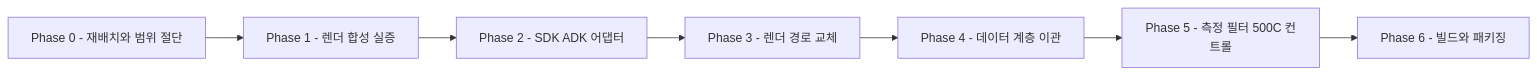
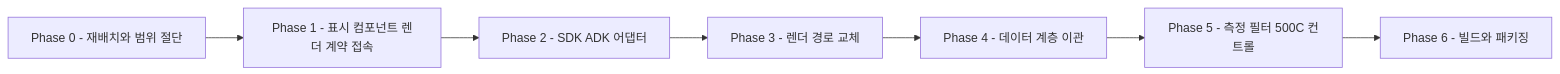
The second of 2 diagrams in docs/refactoring/r2/plan.md (beomsikpark/healcerion-platform), drawn with Mermaid before and after one commit. The commit also changed other lines of this file and 2 other files, not shown here.

First line of the commit message:
docs(refactoring): r2 Phase 1 을 r1 Phase 4 이후 기준으로 다시 쓴다

````diff
--- a/docs/refactoring/r2/plan.md
+++ b/docs/refactoring/r2/plan.md
@@ -213,16 +213,16 @@
 ```mermaid
 flowchart LR
     p0[Phase 0 - 재배치와 범위 절단]
-    p1[Phase 1 - 렌더 합성 실증]
+    p1[Phase 1 - 표시 컴포넌트 렌더 계약 접속]
     p2[Phase 2 - SDK ADK 어댑터]
     p3[Phase 3 - 렌더 경로 교체]
     p4[Phase 4 - 데이터 계층 이관]
     p5[Phase 5 - 측정 필터 500C 컨트롤]
     p6[Phase 6 - 빌드와 패키징]
     p0 --> p1
     p1 --> p2
     p2 --> p3
     p3 --> p4
     p4 --> p5
     p5 --> p6
 ```
````
